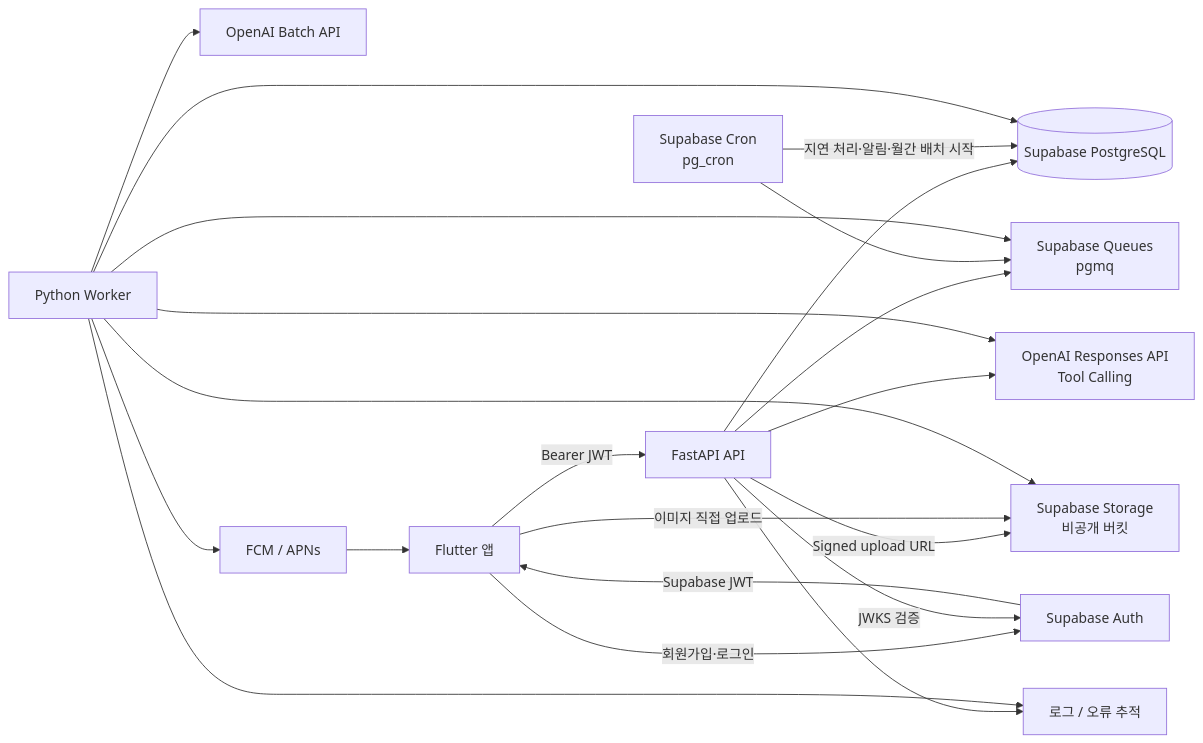
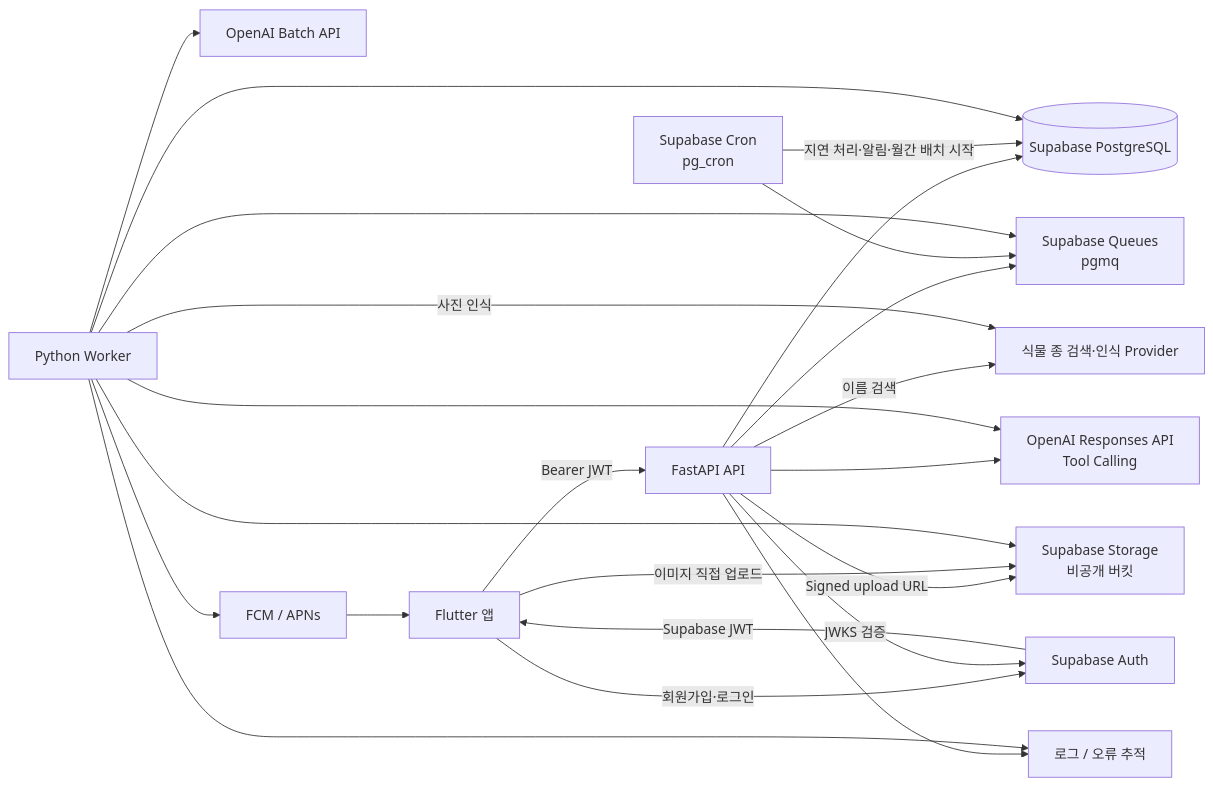
One commit to YuEngMe/Leafie changed the first of 4 diagrams in docs/architecture.md. Above: the diagram before and after it, drawn with Mermaid. The commit also changed other lines of this file and 4 other files, not shown here.

````diff
--- a/docs/architecture.md
+++ b/docs/architecture.md
@@ -20,36 +20,39 @@
 ```mermaid
 flowchart LR
     APP["Flutter 앱"]
     AUTH["Supabase Auth"]
     API["FastAPI API"]
     DB[("Supabase PostgreSQL")]
     STORAGE["Supabase Storage<br/>비공개 버킷"]
     QUEUE["Supabase Queues<br/>pgmq"]
     CRON["Supabase Cron<br/>pg_cron"]
     WORKER["Python Worker"]
+    SPECIES["식물 종 검색·인식 Provider"]
     RESPONSES["OpenAI Responses API<br/>Tool Calling"]
     BATCH["OpenAI Batch API"]
     PUSH["FCM / APNs"]
     OBS["로그 / 오류 추적"]
 
     APP -->|"회원가입·로그인"| AUTH
     AUTH -->|"Supabase JWT"| APP
     APP -->|"Bearer JWT"| API
     API -->|"JWKS 검증"| AUTH
     API --> DB
     API -->|"Signed upload URL"| STORAGE
     APP -->|"이미지 직접 업로드"| STORAGE
     API --> QUEUE
     CRON -->|"지연 처리·알림·월간 배치 시작"| DB
     CRON --> QUEUE
     WORKER --> QUEUE
     WORKER --> DB
     WORKER --> STORAGE
+    API -->|"이름 검색"| SPECIES
+    WORKER -->|"사진 인식"| SPECIES
     API --> RESPONSES
     WORKER --> RESPONSES
     WORKER --> BATCH
     WORKER --> PUSH
     API --> OBS
     WORKER --> OBS
     PUSH --> APP
 ```
````
